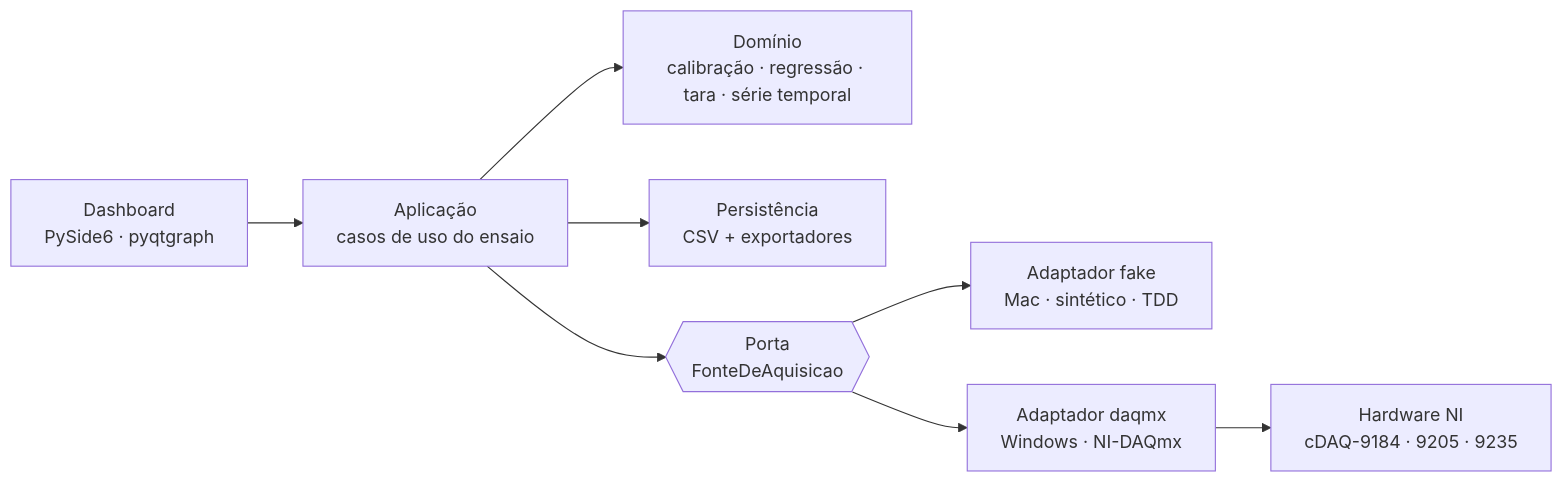
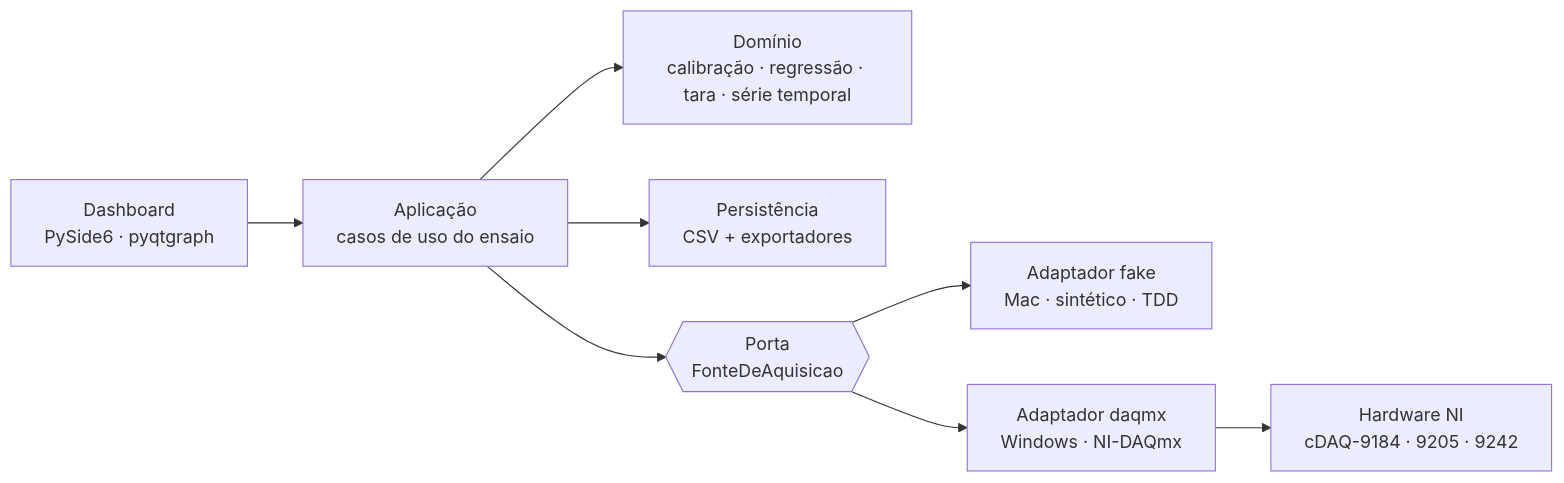
The diagram in README.md (Carti011/ensaios-ni), drawn with Mermaid before and after one commit. The commit also changed other lines of this file and 8 other files, not shown here.

````diff
--- a/README.md
+++ b/README.md
@@ -44,18 +44,18 @@
 ```mermaid
 flowchart LR
     UI["Dashboard<br/>PySide6 · pyqtgraph"]
     APP["Aplicação<br/>casos de uso do ensaio"]
     DOM["Domínio<br/>calibração · regressão · tara · série temporal"]
     PER["Persistência<br/>CSV + exportadores"]
     PORTA{{"Porta<br/>FonteDeAquisicao"}}
     FAKE["Adaptador fake<br/>Mac · sintético · TDD"]
     DAQMX["Adaptador daqmx<br/>Windows · NI-DAQmx"]
-    HW["Hardware NI<br/>cDAQ-9184 · 9205 · 9235"]
+    HW["Hardware NI<br/>cDAQ-9184 · 9205 · 9242"]
 
     UI --> APP
     APP --> DOM
     APP --> PER
     APP --> PORTA
     PORTA --> FAKE
     PORTA --> DAQMX --> HW
 ```
````
